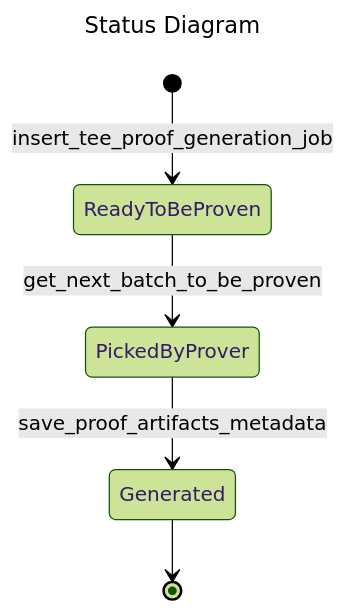
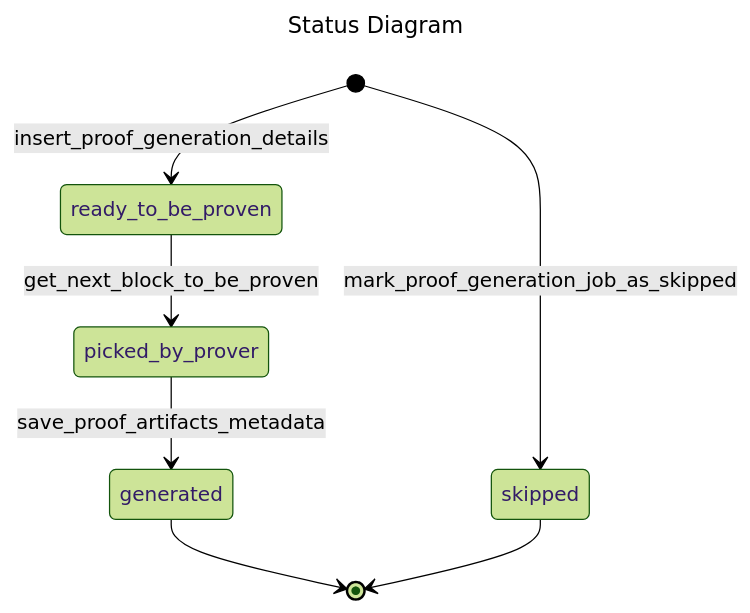
One commit to matter-labs/zksync-era changed the diagram in core/lib/dal/doc/ProofGenerationDal.md. Above: the diagram before and after it, drawn with Mermaid (forest theme). The commit also changed other lines of this file and 3 other files, not shown here.

````diff
--- a/core/lib/dal/doc/ProofGenerationDal.md
+++ b/core/lib/dal/doc/ProofGenerationDal.md
@@ -9,11 +5,12 @@
 ```mermaid
 ---
 title: Status Diagram
 ---
 stateDiagram-v2
-[*] --> ReadyToBeProven : insert_tee_proof_generation_job
-ReadyToBeProven --> PickedByProver : get_next_batch_to_be_proven
-PickedByProver --> Generated : save_proof_artifacts_metadata
-Generated --> [*]
-
+[*] --> ready_to_be_proven : insert_proof_generation_details
+ready_to_be_proven --> picked_by_prover : get_next_block_to_be_proven
+picked_by_prover --> generated : save_proof_artifacts_metadata
+generated --> [*]
+[*] --> skipped : mark_proof_generation_job_as_skipped
+skipped --> [*]
 ```
````
